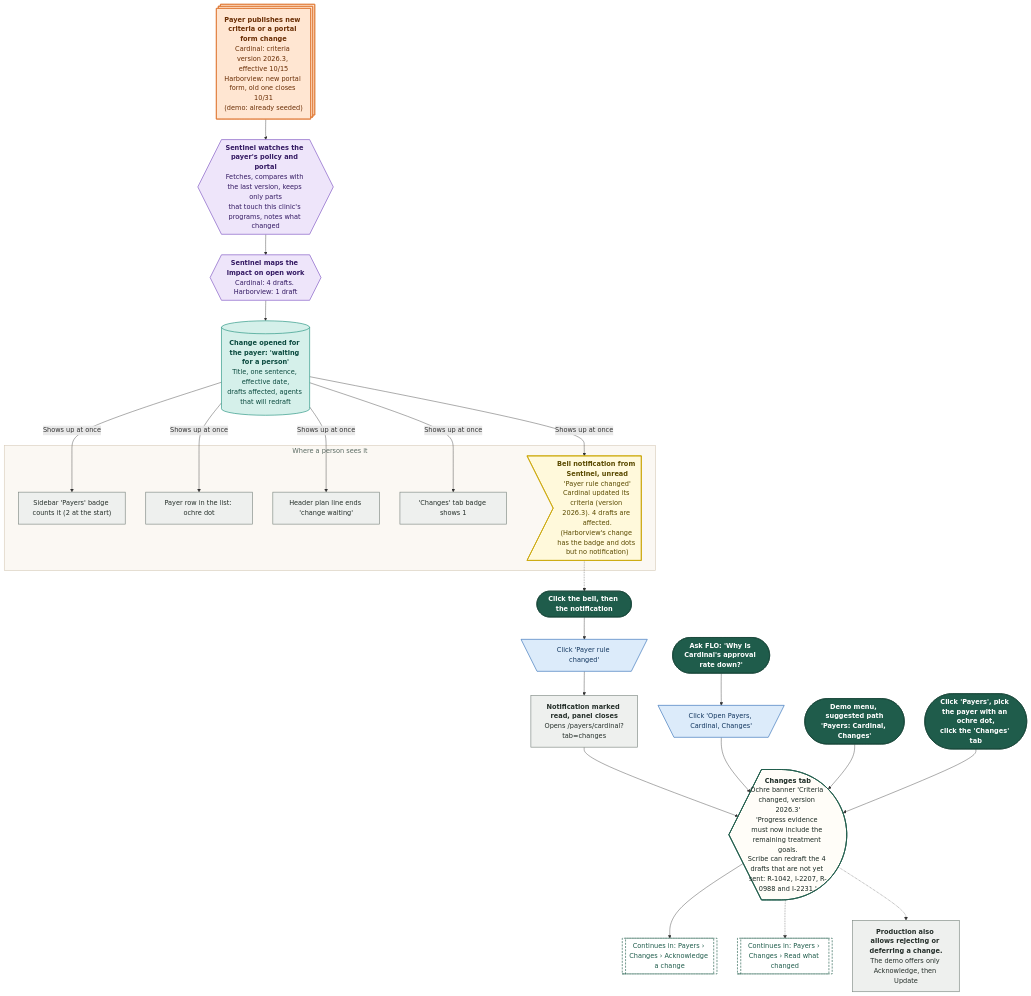
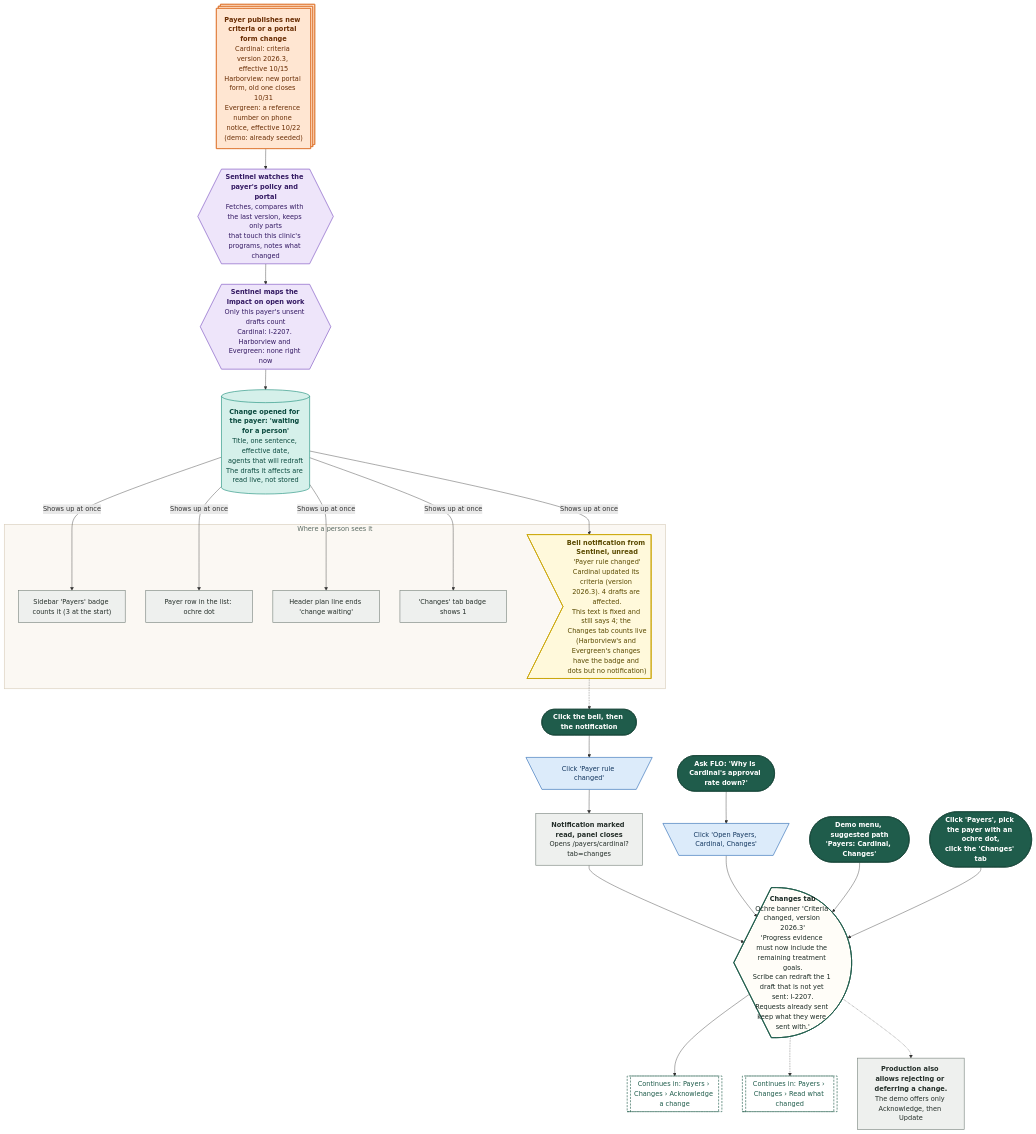
Diagram 20 of 25 in demos/prior-auth-demo/workflows/out/md/10-payers.md (Shrav143/psyfloapp), drawn with Mermaid before and after one commit. The commit also changed other lines of this file and 195 other files, not shown here.

First line of the commit message:
docs: Rebuild workflow diagrams after the demo fixes (220 diagrams)

````diff
--- a/demos/prior-auth-demo/workflows/out/md/10-payers.md
+++ b/demos/prior-auth-demo/workflows/out/md/10-payers.md
@@ -1449,62 +1488,62 @@
 ```mermaid
 %%{init: {"theme":"base","themeVariables":{"fontFamily":"'DM Sans', 'Segoe UI', system-ui, sans-serif","fontSize":"15px","lineColor":"#5B6B63","primaryTextColor":"#1C2B25","clusterBkg":"#FBF8F3","clusterBorder":"#D9CDBB","edgeLabelBackground":"#FFFFFF"},"flowchart":{"curve":"basis","nodeSpacing":36,"rankSpacing":48,"padding":12,"htmlLabels":true,"useMaxWidth":false,"wrappingWidth":230}} }%%
 flowchart TD
   classDef k_start fill:#1F5C4B,stroke:#174638,color:#FFFFFF,stroke-width:1.5px,font-weight:600
   classDef k_end fill:#DDEFE3,stroke:#2E7D4F,color:#14502F,stroke-width:1.5px,font-weight:600
   classDef k_endx fill:#FBE3E0,stroke:#C0392B,color:#7A1F16,stroke-width:1.5px,font-weight:600
   classDef k_screen fill:#FFFDF8,stroke:#1F5C4B,color:#1C2B25,stroke-width:2px
   classDef k_overlay fill:#F1F7F3,stroke:#1F5C4B,color:#1C2B25,stroke-width:2px,stroke-dasharray:5 3
   classDef k_click fill:#DCEBFA,stroke:#2F6DB5,color:#12365F,stroke-width:1.5px
   classDef k_input fill:#E4E7FF,stroke:#4C5FD5,color:#1D2670,stroke-width:1.5px
   classDef k_process fill:#EEF0EE,stroke:#7A857F,color:#26302B,stroke-width:1.5px
   classDef k_agent fill:#EEE5FA,stroke:#7A4FC2,color:#341A63,stroke-width:1.5px
   classDef k_decision fill:#FFF0CC,stroke:#D9962B,color:#5C3B00,stroke-width:1.5px
   classDef k_store fill:#D5F0EA,stroke:#1C8E7B,color:#0B4A3F,stroke-width:1.5px
   classDef k_doc fill:#F6E9DC,stroke:#B07A4C,color:#4A2E14,stroke-width:1.5px
   classDef k_ext fill:#FFE6D2,stroke:#E07B39,color:#6B2F06,stroke-width:1.5px
   classDef k_wait fill:#E4E8EE,stroke:#6B7C93,color:#26303D,stroke-width:1.5px
   classDef k_toast fill:#FFF9DB,stroke:#C9A400,color:#5A4A00,stroke-width:1.5px
   classDef k_goto fill:#FFFFFF,stroke:#1F5C4B,color:#1F5C4B,stroke-width:1.5px,stroke-dasharray:5 3
-  px@{ shape: st-rect, label: "<b>Payer publishes new criteria or a portal form change</b><br/>Cardinal: criteria version 2026.3, effective 10/15<br/>Harborview: new portal form, old one closes 10/31<br/>(demo: already seeded)" }
+  px@{ shape: st-rect, label: "<b>Payer publishes new criteria or a portal form change</b><br/>Cardinal: criteria version 2026.3, effective 10/15<br/>Harborview: new portal form, old one closes 10/31<br/>Evergreen: a reference number on phone notice, effective 10/22<br/>(demo: already seeded)" }
   sn@{ shape: hex, label: "<b>Sentinel watches the payer's policy and portal</b><br/>Fetches, compares with the last version, keeps only parts<br/>that touch this clinic's programs, notes what changed" }
-  mp@{ shape: hex, label: "<b>Sentinel maps the impact on open work</b><br/>Cardinal: 4 drafts. Harborview: 1 draft" }
-  pc@{ shape: cyl, label: "<b>Change opened for the payer: 'waiting for a person'</b><br/>Title, one sentence, effective date,<br/>drafts affected, agents that will redraft" }
+  mp@{ shape: hex, label: "<b>Sentinel maps the impact on open work</b><br/>Only this payer's unsent drafts count<br/>Cardinal: I-2207. Harborview and Evergreen: none right now" }
+  pc@{ shape: cyl, label: "<b>Change opened for the payer: 'waiting for a person'</b><br/>Title, one sentence, effective date,<br/>agents that will redraft<br/>The drafts it affects are read live, not stored" }
   subgraph gS ["Where a person sees it"]
-  s1@{ shape: rect, label: "Sidebar 'Payers' badge counts it (2 at the start)" }
+  s1@{ shape: rect, label: "Sidebar 'Payers' badge counts it (3 at the start)" }
   s2@{ shape: rect, label: "Payer row in the list: ochre dot" }
   s3@{ shape: rect, label: "Header plan line ends 'change waiting'" }
   s4@{ shape: rect, label: "'Changes' tab badge shows 1" }
-  s5@{ shape: odd, label: "<b>Bell notification from Sentinel, unread</b><br/>'Payer rule changed'<br/>Cardinal updated its criteria (version 2026.3). 4 drafts are affected.<br/>(Harborview's change has the badge and dots but no notification)" }
+  s5@{ shape: odd, label: "<b>Bell notification from Sentinel, unread</b><br/>'Payer rule changed'<br/>Cardinal updated its criteria (version 2026.3). 4 drafts are affected.<br/>This text is fixed and still says 4; the Changes tab counts live<br/>(Harborview's and Evergreen's changes have the badge and dots but no notification)" }
   end
   st1@{ shape: stadium, label: "Click the bell, then the notification" }
   cn@{ shape: trap-t, label: "Click 'Payer rule changed'" }
   mr@{ shape: rect, label: "<b>Notification marked read, panel closes</b><br/>Opens /payers/cardinal?tab=changes" }
   st2@{ shape: stadium, label: "Ask FLO: 'Why is Cardinal's approval rate down?'" }
   cl@{ shape: trap-t, label: "Click 'Open Payers, Cardinal, Changes'" }
   st3@{ shape: stadium, label: "<b>Demo menu, suggested path</b><br/>'Payers: Cardinal, Changes'" }
   st4@{ shape: stadium, label: "<b>Click 'Payers', pick the payer with an ochre dot,</b><br/>click the 'Changes' tab" }
-  ch@{ shape: curv-trap, label: "<b>Changes tab</b><br/>Ochre banner 'Criteria changed, version 2026.3'<br/>'Progress evidence must now include the remaining treatment goals.<br/>Scribe can redraft the 4 drafts that are not yet sent: R-1042, I-2207, R-0988 and I-2231.'" }
+  ch@{ shape: curv-trap, label: "<b>Changes tab</b><br/>Ochre banner 'Criteria changed, version 2026.3'<br/>'Progress evidence must now include the remaining treatment goals.<br/>Scribe can redraft the 1 draft that is not yet sent: I-2207.<br/>Requests already sent keep what they were sent with.'" }
   rj@{ shape: rect, label: "<b>Production also allows rejecting or deferring a change.</b><br/>The demo offers only Acknowledge, then Update" }
   g1@{ shape: subproc, label: "Continues in: Payers › Changes › Acknowledge a change" }
   g2@{ shape: subproc, label: "Continues in: Payers › Changes › Read what changed" }
   px --> sn --> mp --> pc
   pc -->|"Shows up at once"| s1 & s2 & s3 & s4 & s5
   st1 --> cn --> mr --> ch
   s5 -.-> st1
   st2 --> cl --> ch
   st3 --> ch
   st4 --> ch
   ch --> g1
   ch -.-> g2
   ch -.-> rj
   class px k_ext
   class sn,mp k_agent
   class pc k_store
   class s1,s2,s3,s4,mr,rj k_process
   class s5 k_toast
   class st1,st2,st3,st4 k_start
   class cn,cl k_click
   class ch k_screen
   class g1,g2 k_goto
   style gS fill:#FBF8F3,stroke:#D9CDBB,stroke-width:1.5px,color:#5B6B63
 ```
````
